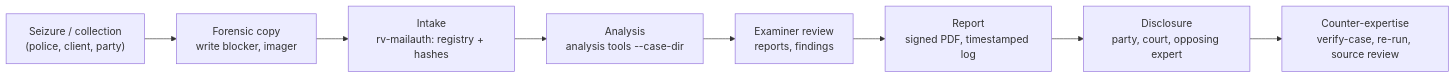
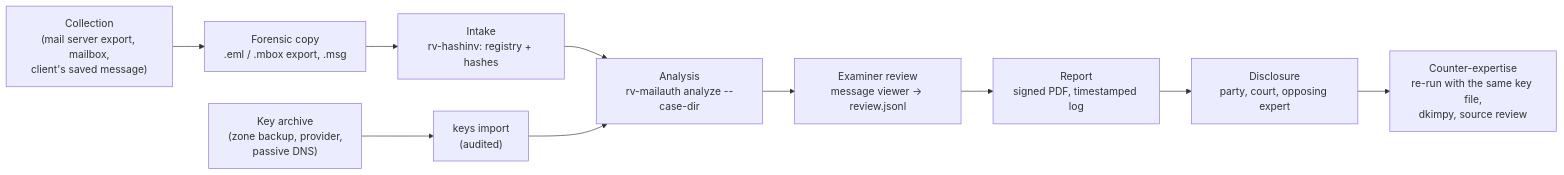
Before and after one commit to Panacota96/rv-mailauth: the first of 3 diagrams in docs/admissibility.md, drawn with Mermaid. The commit also changed other lines of this file and 101 other files, not shown here.

````diff
--- a/docs/admissibility.md
+++ b/docs/admissibility.md
@@ -93,10 +83,12 @@
 ```mermaid
 flowchart LR
-    A["Seizure / collection<br/>(police, client, party)"] --> B["Forensic copy<br/>write blocker, imager"]
-    B --> C["Intake<br/>rv-mailauth: registry + hashes"]
-    C --> D["Analysis<br/>analysis tools --case-dir"]
-    D --> E["Examiner review<br/>reports, findings"]
+    A["Collection<br/>(mail server export, mailbox,<br/>client's saved message)"] --> B["Forensic copy<br/>.eml / .mbox export, .msg"]
+    B --> C["Intake<br/>rv-hashinv: registry + hashes"]
+    K["Key archive<br/>(zone backup, provider,<br/>passive DNS)"] --> KI["keys import<br/>(audited)"]
+    C --> D["Analysis<br/>rv-mailauth analyze --case-dir"]
+    KI --> D
+    D --> E["Examiner review<br/>message viewer → review.jsonl"]
     E --> F["Report<br/>signed PDF, timestamped log"]
     F --> G["Disclosure<br/>party, court, opposing expert"]
-    G --> H["Counter-expertise<br/>verify-case, re-run, source review"]
+    G --> H["Counter-expertise<br/>re-run with the same key file,<br/>dkimpy, source review"]
 ```
````
